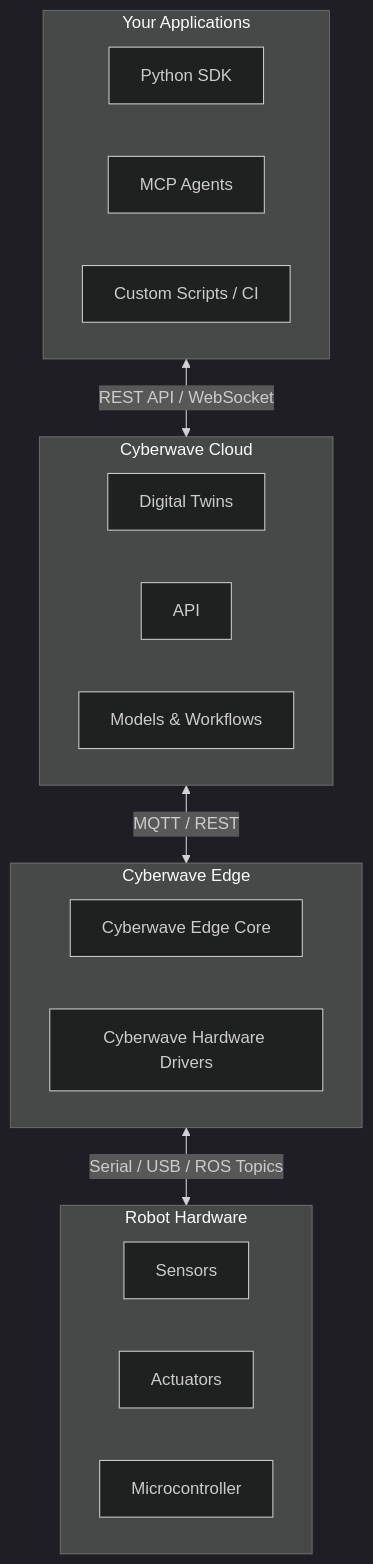
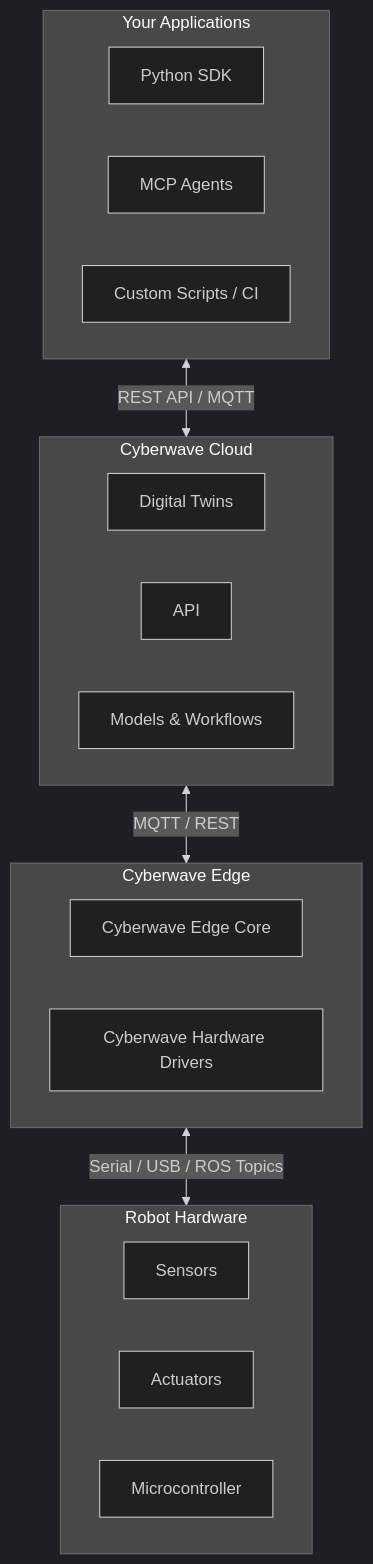
The diagram in feature-reference/architecture/architecture.mdx (cyberwave-os/docs-mintlify), drawn with Mermaid (dark theme) before and after one commit. The commit also changed other lines of this file and 367 other files, not shown here.

````diff
--- a/feature-reference/architecture/architecture.mdx
+++ b/feature-reference/architecture/architecture.mdx
@@ -22,29 +22,29 @@
 ```mermaid
 graph TD
   subgraph app["Your Applications"]
     sdk["Python SDK"]
     mcp["MCP Agents"]
     custom["Custom Scripts / CI"]
   end
 
   subgraph cloud["Cyberwave Cloud"]
     dt["Digital Twins"]
     api["API"]
     models["Models & Workflows"]
   end
 
   subgraph edge["Cyberwave Edge"]
     core["Cyberwave Edge Core"]
     drivers["Cyberwave Hardware Drivers"]
   end
 
   subgraph hw["Robot Hardware"]
     sensors["Sensors"]
     actuators["Actuators"]
     mcu["Microcontroller"]
   end
 
-  app <-- "REST API / WebSocket" --> cloud
+  app <-- "REST API / MQTT" --> cloud
   cloud <-- "MQTT / REST" --> edge
   edge <-- "Serial / USB / ROS Topics" --> hw
 ```
````
